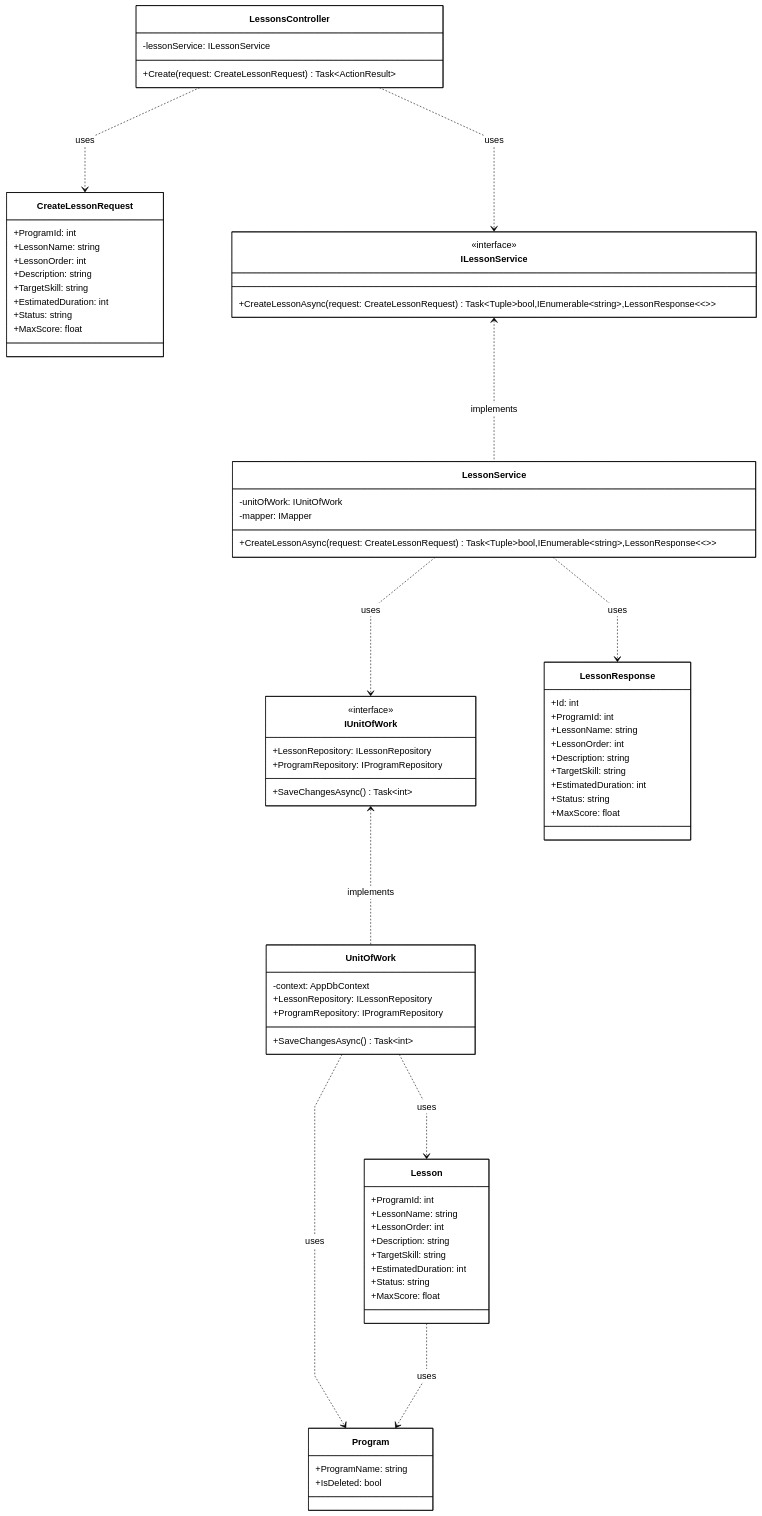
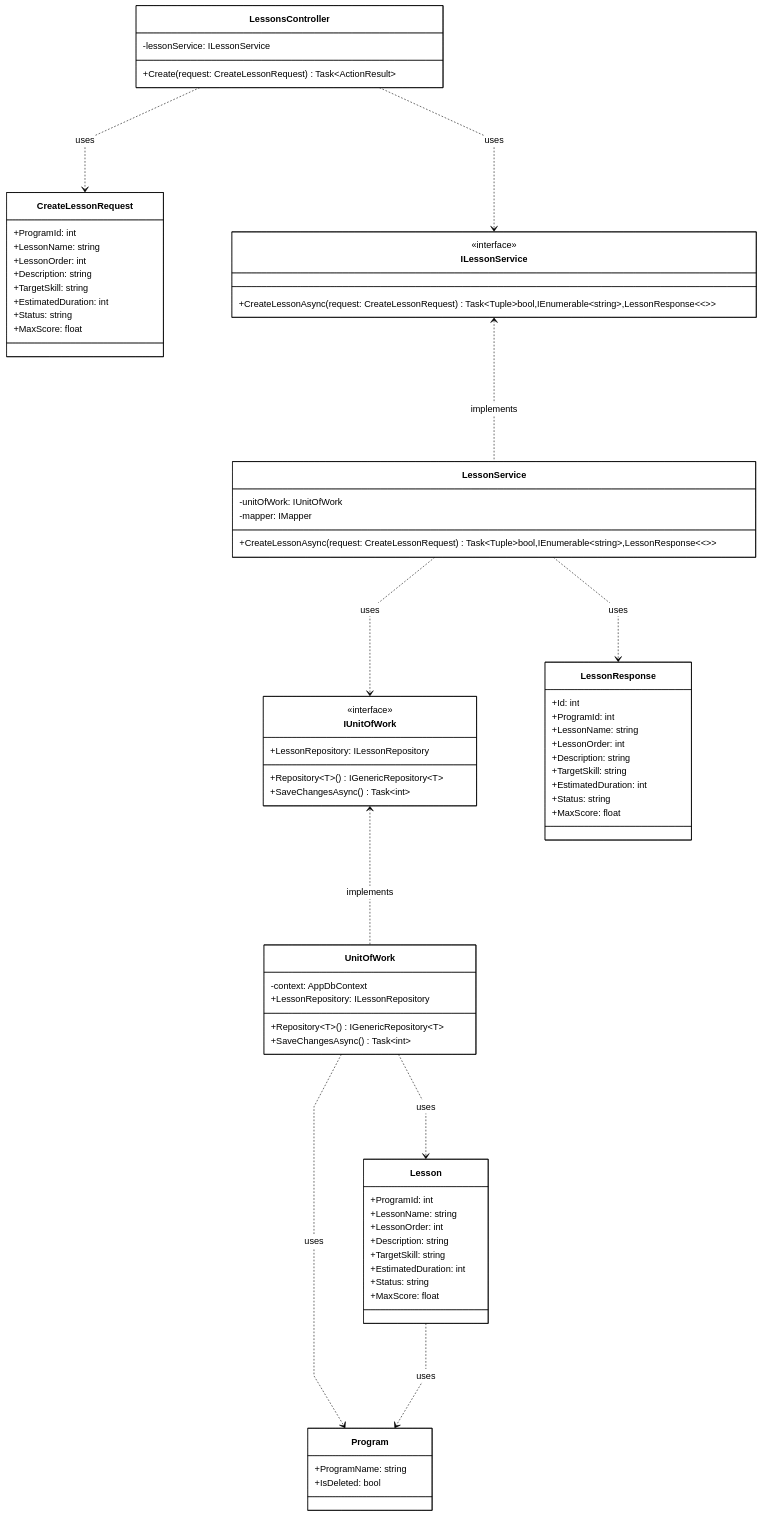
The diagram in 04-lesson-program-management/sequence-diagram/classes/create-lesson.class.mmd (PhucAnDev/docx-diagram), drawn with Mermaid before and after one commit. The commit also changed 1 other file, not shown here.

Commit message:
fix: update create-lesson.class.mmd to use generic Repository method in IUnitOfWork and UnitOfWork

```diff
--- a/04-lesson-program-management/sequence-diagram/classes/create-lesson.class.mmd
+++ b/04-lesson-program-management/sequence-diagram/classes/create-lesson.class.mmd
@@ -1,82 +1,82 @@
 %%{init: {'theme':'base', 'flowchart':{'nodeSpacing':120,'rankSpacing':160,'curve':'linear'}, 'themeVariables': {'mainBkg':'#ffffff','nodeBorder':'#000000','clusterBkg':'#ffffff','clusterBorder':'#000000','titleColor':'#000000','edgeLabelBackground':'#ffffff','classText':'#000000','lineColor':'#000000','primaryColor':'#ffffff','primaryTextColor':'#000000','primaryBorderColor':'#000000'}}}%%
 classDiagram
     direction TB
 
     class LessonsController {
         -lessonService: ILessonService
         +Create(request: CreateLessonRequest) Task~ActionResult~
     }
 
     class CreateLessonRequest {
         +ProgramId: int
         +LessonName: string
         +LessonOrder: int
         +Description: string
         +TargetSkill: string
         +EstimatedDuration: int
         +Status: string
         +MaxScore: float
     }
 
     class ILessonService {
         <<interface>>
         +CreateLessonAsync(request: CreateLessonRequest) Task~Tuple~bool,IEnumerable~string~,LessonResponse~~~~
     }
 
     class LessonService {
         -unitOfWork: IUnitOfWork
         -mapper: IMapper
         +CreateLessonAsync(request: CreateLessonRequest) Task~Tuple~bool,IEnumerable~string~,LessonResponse~~~~
     }
 
     class IUnitOfWork {
         <<interface>>
         +LessonRepository: ILessonRepository
-        +ProgramRepository: IProgramRepository
+        +Repository~T~() IGenericRepository~T~
         +SaveChangesAsync() Task~int~
     }
 
     class UnitOfWork {
         -context: AppDbContext
         +LessonRepository: ILessonRepository
-        +ProgramRepository: IProgramRepository
+        +Repository~T~() IGenericRepository~T~
         +SaveChangesAsync() Task~int~
     }
 
     class LessonResponse {
         +Id: int
         +ProgramId: int
         +LessonName: string
         +LessonOrder: int
         +Description: string
         +TargetSkill: string
         +EstimatedDuration: int
         +Status: string
         +MaxScore: float
     }
 
     class Lesson {
         +ProgramId: int
         +LessonName: string
         +LessonOrder: int
         +Description: string
         +TargetSkill: string
         +EstimatedDuration: int
         +Status: string
         +MaxScore: float
     }
 
     class Program {
         +ProgramName: string
         +IsDeleted: bool
     }
 
     LessonsController ..> CreateLessonRequest : uses
     LessonsController ..> ILessonService : uses
     ILessonService <.. LessonService : implements
     LessonService ..> IUnitOfWork : uses
     LessonService ..> LessonResponse : uses
     IUnitOfWork <.. UnitOfWork : implements
     UnitOfWork ..> Lesson : uses
     UnitOfWork ..> Program : uses
     Lesson ..> Program : uses
```
